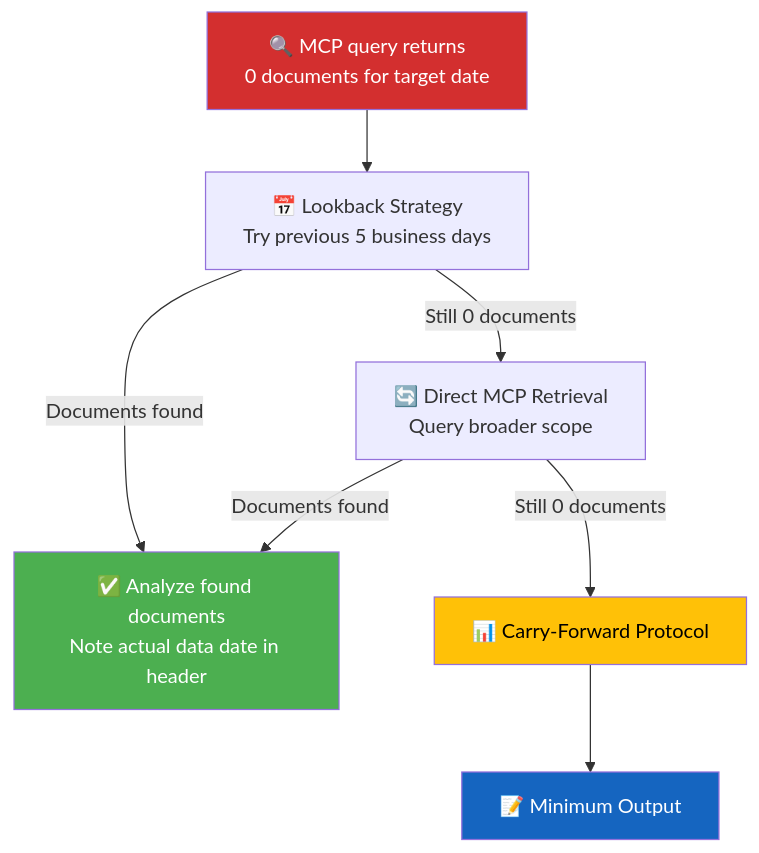
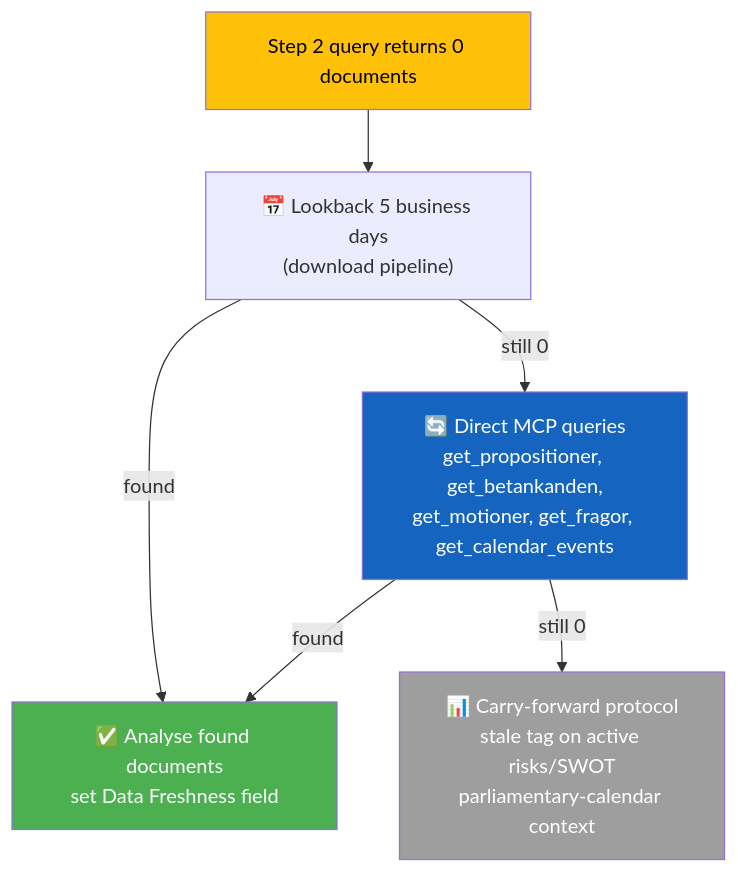
Before and after one commit to Hack23/riksdagsmonitor: the fourth of 4 diagrams in analysis/methodologies/ai-driven-analysis-guide.md, drawn with Mermaid. The commit also changed other lines of this file and 17 other files, not shown here.

````diff
--- a/analysis/methodologies/ai-driven-analysis-guide.md
+++ b/analysis/methodologies/ai-driven-analysis-guide.md
@@ -1897,15 +401,13 @@
 ```mermaid
 flowchart TD
-    START["🔍 MCP query returns<br/>0 documents for target date"]
-    START --> LB["📅 Lookback Strategy<br/>Try previous 5 business days"]
-    LB -->|"Documents found"| ANALYZE["✅ Analyze found documents<br/>Note actual data date in header"]
-    LB -->|"Still 0 documents"| DIRECT["🔄 Direct MCP Retrieval<br/>Query broader scope"]
-    DIRECT -->|"Documents found"| ANALYZE
-    DIRECT -->|"Still 0 documents"| CARRY["📊 Carry-Forward Protocol"]
-    CARRY --> OUTPUT["📝 Minimum Output"]
+    Q0["Step 2 query returns 0 documents"] --> LB["📅 Lookback 5 business days<br/>(download pipeline)"]
+    LB -->|"found"| ANALYSE["✅ Analyse found documents<br/>set Data Freshness field"]
+    LB -->|"still 0"| DIRECT["🔄 Direct MCP queries<br/>get_propositioner, get_betankanden,<br/>get_motioner, get_fragor, get_calendar_events"]
+    DIRECT -->|"found"| ANALYSE
+    DIRECT -->|"still 0"| CARRY["📊 Carry-forward protocol<br/>stale tag on active risks/SWOT<br/>parliamentary-calendar context"]
 
-    style START fill:#D32F2F,color:#FFFFFF
-    style ANALYZE fill:#4CAF50,color:#FFFFFF
-    style CARRY fill:#FFC107,color:#000000
-    style OUTPUT fill:#1565C0,color:#FFFFFF
+    style Q0 fill:#FFC107,color:#000000
+    style ANALYSE fill:#4CAF50,color:#FFFFFF
+    style CARRY fill:#9E9E9E,color:#FFFFFF
+    style DIRECT fill:#1565C0,color:#FFFFFF
 ```
````
